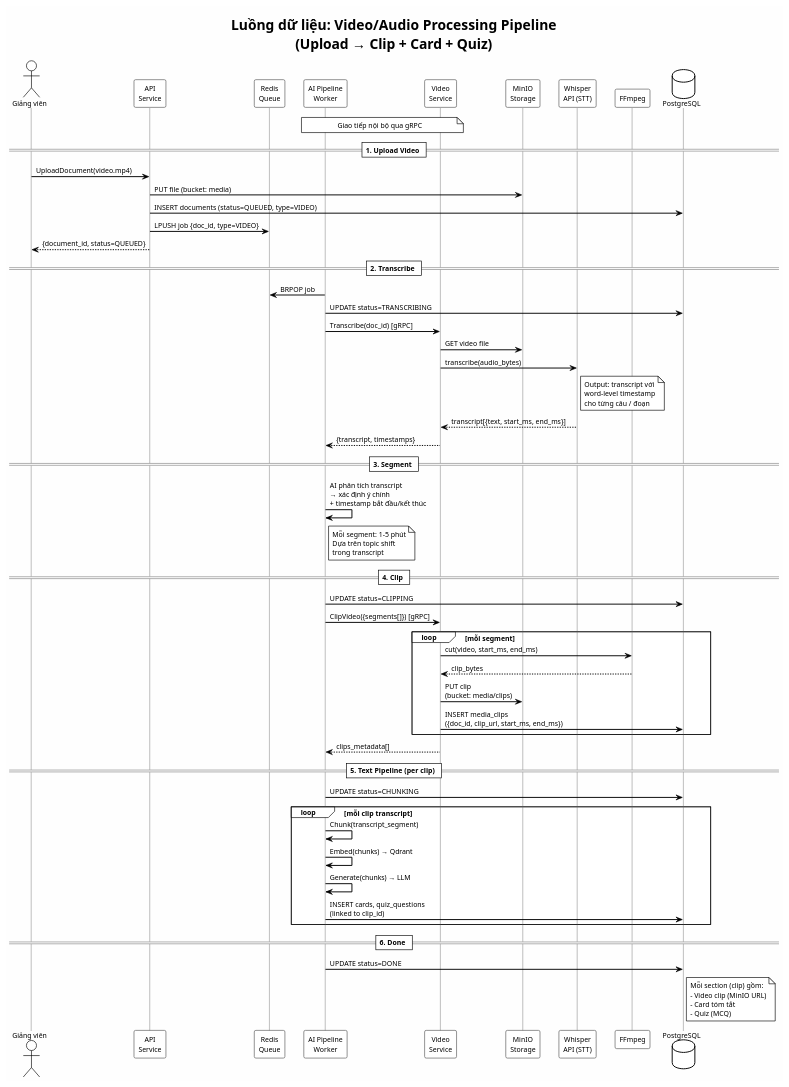
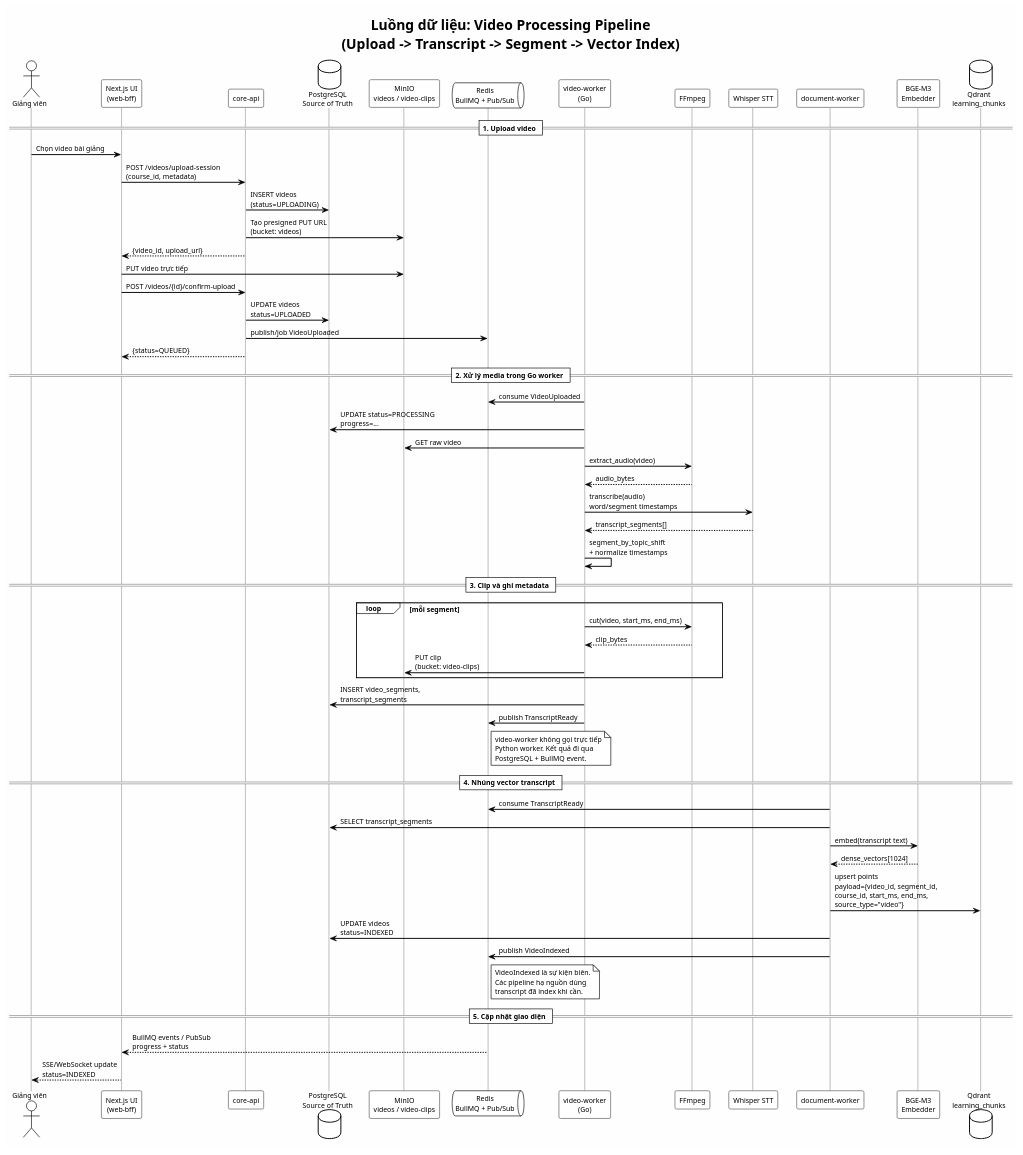
One commit to 252-DA/report changed the diagram in lvtn/diagrams/06_dataflow_video_pipeline.puml. Above: the diagram before and after it, drawn with PlantUML. The commit also changed 51 other files, not shown here.

First line of the commit message:
Add sequence and activity diagrams for various processes

```diff
--- a/lvtn/diagrams/06_dataflow_video_pipeline.puml
+++ b/lvtn/diagrams/06_dataflow_video_pipeline.puml
@@ -1,82 +1,81 @@
 @startuml dataflow_video_pipeline
 !theme plain
 skinparam backgroundColor #FEFEFE
 skinparam defaultFontName Arial
 skinparam defaultFontSize 11
 skinparam SequenceArrowThickness 1.5
 skinparam SequenceParticipantBorderColor #555555
 skinparam SequenceLifeLineBorderColor #999999
 
-title Luồng dữ liệu: Video/Audio Processing Pipeline\n(Upload → Clip + Card + Quiz)
+title Luồng dữ liệu: Video Processing Pipeline\n(Upload -> Transcript -> Segment -> Vector Index)
 
 actor "Giảng viên" as GV
-participant "API\nService" as API
-participant "Redis\nQueue" as Redis
-participant "AI Pipeline\nWorker" as Worker
-participant "Video\nService" as Video
-participant "MinIO\nStorage" as MinIO
-participant "Whisper\nAPI (STT)" as Whisper
+participant "Next.js UI\n(web-bff)" as Web
+participant "core-api" as Core
+database "PostgreSQL\nSource of Truth" as PG
+participant "MinIO\nvideos / video-clips" as MinIO
+queue "Redis\nBullMQ + Pub/Sub" as Redis
+participant "video-worker\n(Go)" as VideoWorker
 participant "FFmpeg" as FFmpeg
-database "PostgreSQL" as PG
+participant "Whisper STT" as Whisper
+participant "document-worker" as DocWorker
+participant "BGE-M3\nEmbedder" as Embedder
+database "Qdrant\nlearning_chunks" as Qdrant
 
-note over Worker, Video : Giao tiếp nội bộ qua gRPC
+== 1. Upload video ==
+GV -> Web : Chọn video bài giảng
+Web -> Core : POST /videos/upload-session\n(course_id, metadata)
+Core -> PG : INSERT videos\n(status=UPLOADING)
+Core -> MinIO : Tạo presigned PUT URL\n(bucket: videos)
+Core --> Web : {video_id, upload_url}
+Web -> MinIO : PUT video trực tiếp
+Web -> Core : POST /videos/{id}/confirm-upload
+Core -> PG : UPDATE videos\nstatus=UPLOADED
+Core -> Redis : publish/job VideoUploaded
+Core --> Web : {status=QUEUED}
 
-== 1. Upload Video ==
-GV -> API : UploadDocument(video.mp4)
-API -> MinIO : PUT file (bucket: media)
-API -> PG : INSERT documents (status=QUEUED, type=VIDEO)
-API -> Redis : LPUSH job {doc_id, type=VIDEO}
-API --> GV : {document_id, status=QUEUED}
+== 2. Xử lý media trong Go worker ==
+VideoWorker -> Redis : consume VideoUploaded
+VideoWorker -> PG : UPDATE status=PROCESSING\nprogress=...
+VideoWorker -> MinIO : GET raw video
+VideoWorker -> FFmpeg : extract_audio(video)
+FFmpeg --> VideoWorker : audio_bytes
+VideoWorker -> Whisper : transcribe(audio)\nword/segment timestamps
+Whisper --> VideoWorker : transcript_segments[]
+VideoWorker -> VideoWorker : segment_by_topic_shift\n+ normalize timestamps
 
-== 2. Transcribe ==
-Worker -> Redis : BRPOP job
-Worker -> PG : UPDATE status=TRANSCRIBING
-Worker -> Video : Transcribe(doc_id) [gRPC]
-Video -> MinIO : GET video file
-Video -> Whisper : transcribe(audio_bytes)
-note right of Whisper
-  Output: transcript với
-  word-level timestamp
-  cho từng câu / đoạn
-end note
-Whisper --> Video : transcript[{text, start_ms, end_ms}]
-Video --> Worker : {transcript, timestamps}
+== 3. Clip và ghi metadata ==
+loop mỗi segment
+    VideoWorker -> FFmpeg : cut(video, start_ms, end_ms)
+    FFmpeg --> VideoWorker : clip_bytes
+    VideoWorker -> MinIO : PUT clip\n(bucket: video-clips)
+end
+VideoWorker -> PG : INSERT video_segments,\ntranscript_segments
+VideoWorker -> Redis : publish TranscriptReady
 
-== 3. Segment ==
-Worker -> Worker : AI phân tích transcript\n→ xác định ý chính\n+ timestamp bắt đầu/kết thúc
-note right of Worker
-  Mỗi segment: 1–5 phút
-  Dựa trên topic shift
-  trong transcript
+note right of Redis
+  video-worker không gọi trực tiếp
+  Python worker. Kết quả đi qua
+  PostgreSQL + BullMQ event.
 end note
 
-== 4. Clip ==
-Worker -> PG : UPDATE status=CLIPPING
-Worker -> Video : ClipVideo({segments[]}) [gRPC]
-loop mỗi segment
-    Video -> FFmpeg : cut(video, start_ms, end_ms)
-    FFmpeg --> Video : clip_bytes
-    Video -> MinIO : PUT clip\n(bucket: media/clips)
-    Video -> PG : INSERT media_clips\n({doc_id, clip_url, start_ms, end_ms})
-end
-Video --> Worker : clips_metadata[]
+== 4. Nhúng vector transcript ==
+DocWorker -> Redis : consume TranscriptReady
+DocWorker -> PG : SELECT transcript_segments
+DocWorker -> Embedder : embed(transcript text)
+Embedder --> DocWorker : dense_vectors[1024]
+DocWorker -> Qdrant : upsert points\npayload={video_id, segment_id,\ncourse_id, start_ms, end_ms,\nsource_type="video"}
+DocWorker -> PG : UPDATE videos\nstatus=INDEXED
+DocWorker -> Redis : publish VideoIndexed
 
-== 5. Text Pipeline (per clip) ==
-Worker -> PG : UPDATE status=CHUNKING
-loop mỗi clip transcript
-    Worker -> Worker : Chunk(transcript_segment)
-    Worker -> Worker : Embed(chunks) → Qdrant
-    Worker -> Worker : Generate(chunks) → LLM
-    Worker -> PG : INSERT cards, quiz_questions\n(linked to clip_id)
-end
-
-== 6. Done ==
-Worker -> PG : UPDATE status=DONE
-note right of PG
-  Mỗi section (clip) gồm:
-  - Video clip (MinIO URL)
-  - Card tóm tắt
-  - Quiz (MCQ)
+note right of Redis
+  VideoIndexed là sự kiện biên.
+  Các pipeline hạ nguồn dùng
+  transcript đã index khi cần.
 end note
 
+== 5. Cập nhật giao diện ==
+Redis --> Web : BullMQ events / PubSub\nprogress + status
+Web --> GV : SSE/WebSocket update\nstatus=INDEXED
+
 @enduml
```
